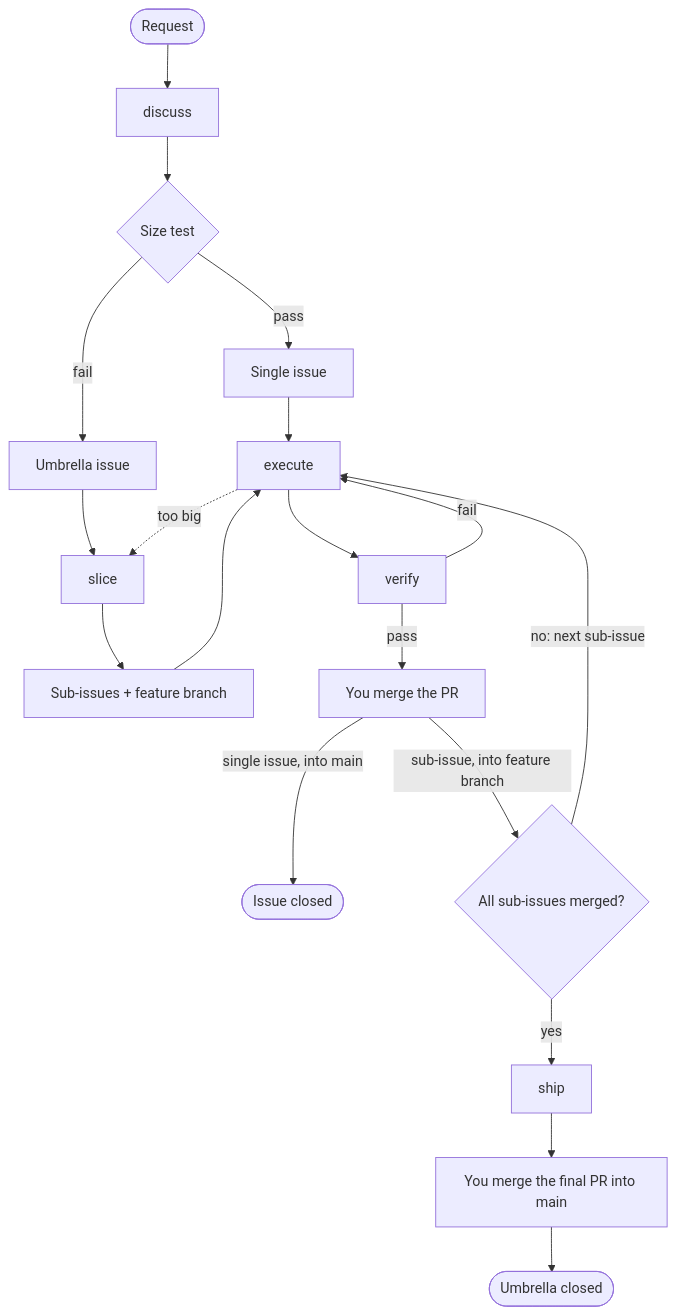
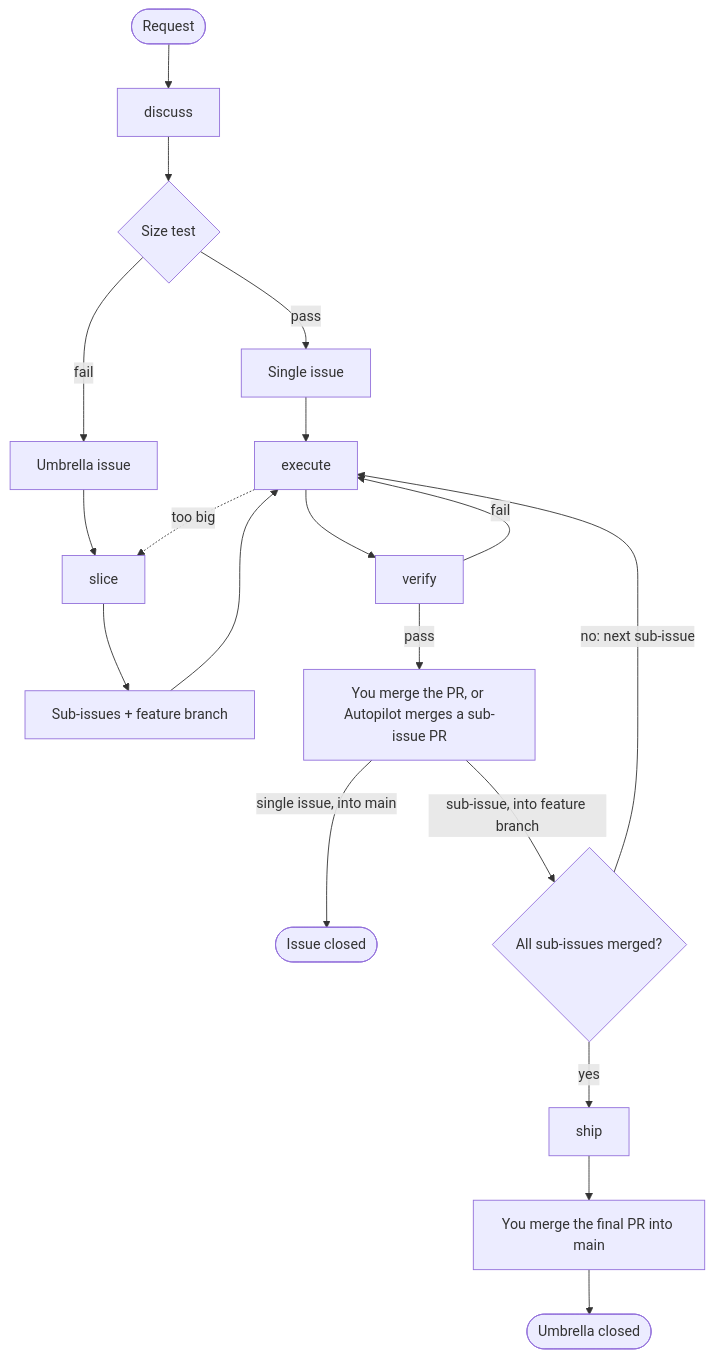
Before and after one commit to cstalhem/cargus-forge: the diagram in plugins/engineering/README.md, drawn with Mermaid. The commit also changed other lines of this file and 3 other files, not shown here.

````diff
--- a/plugins/engineering/README.md
+++ b/plugins/engineering/README.md
@@ -48,20 +49,20 @@
 ```mermaid
 flowchart TD
   R([Request]) --> D[discuss]
   D --> T{Size test}
   T -- pass --> I[Single issue]
   T -- fail --> U[Umbrella issue] --> S[slice]
   S --> SI[Sub-issues + feature branch]
   I --> E[execute]
   SI --> E
   E --> V[verify]
   V -- fail --> E
-  V -- pass --> M1[You merge the PR]
+  V -- pass --> M1[You merge the PR, or Autopilot merges a sub-issue PR]
   M1 -- single issue, into main --> C1([Issue closed])
   M1 -- sub-issue, into feature branch --> Q{All sub-issues merged?}
   Q -- no: next sub-issue --> E
   Q -- yes --> SH[ship]
   SH --> M2[You merge the final PR into main]
   M2 --> C2([Umbrella closed])
   E -. too big .-> S
 ```
````
